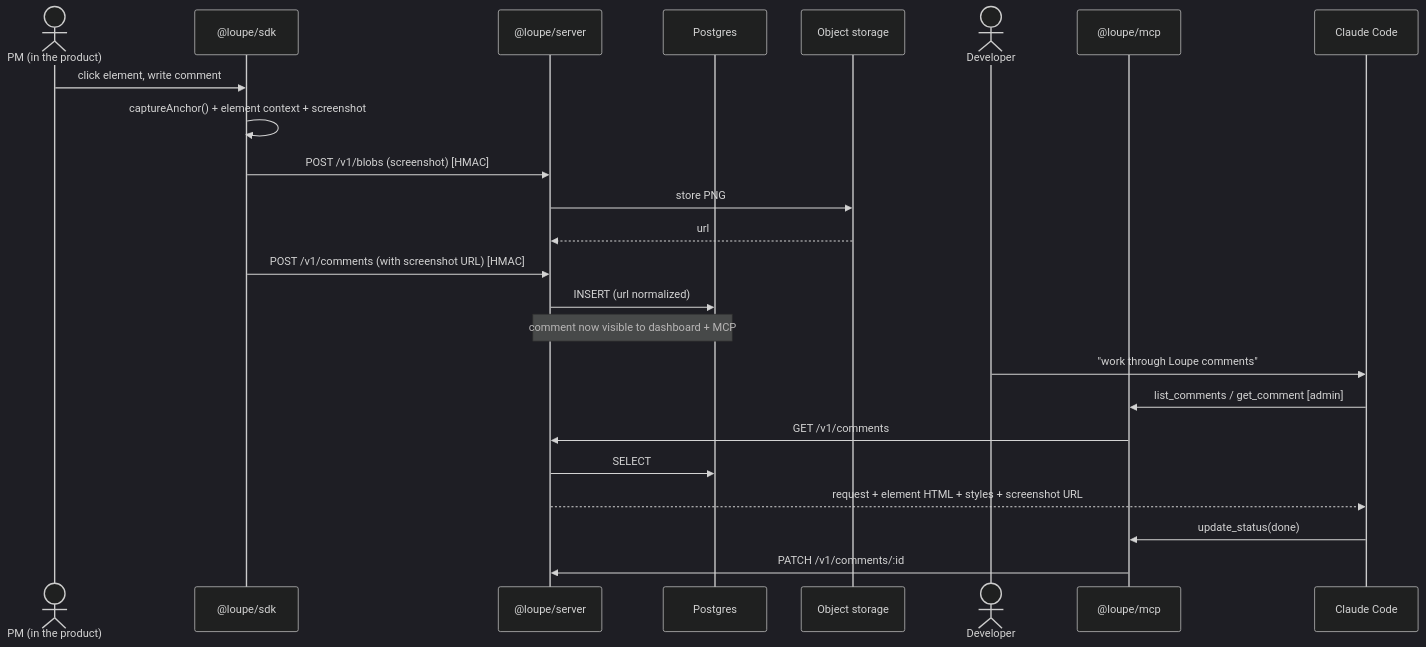
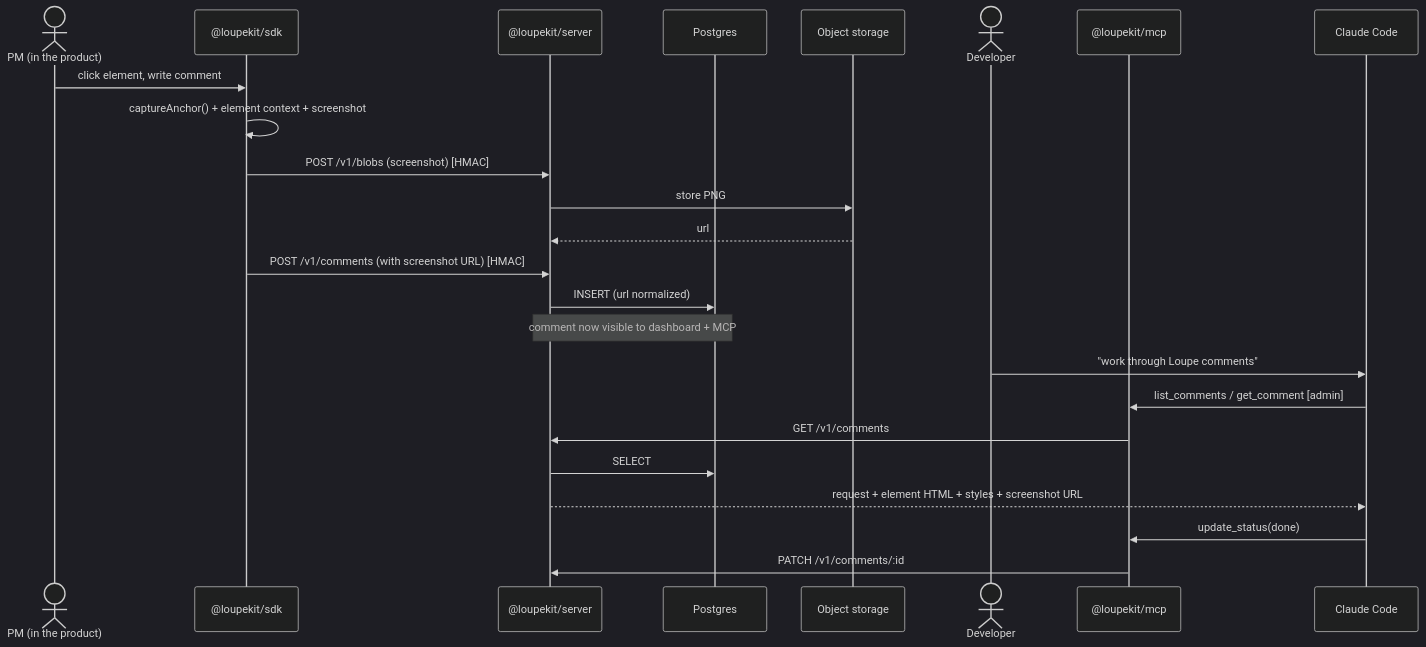
The second of 7 diagrams in docs/ARCHITECTURE.md (mohamed-ashraf-elsaed/loupe), drawn with Mermaid (dark theme) before and after one commit. The commit also changed other lines of this file and 23 other files, not shown here.

````diff
--- a/docs/ARCHITECTURE.md
+++ b/docs/ARCHITECTURE.md
@@ -56,27 +56,27 @@
 ```mermaid
 sequenceDiagram
   actor PM as PM (in the product)
-  participant SDK as @loupe/sdk
-  participant API as @loupe/server
+  participant SDK as @loupekit/sdk
+  participant API as @loupekit/server
   participant PG as Postgres
   participant OBJ as Object storage
   actor Dev as Developer
-  participant MCP as @loupe/mcp
+  participant MCP as @loupekit/mcp
   participant Claude as Claude Code
 
   PM->>SDK: click element, write comment
   SDK->>SDK: captureAnchor() + element context + screenshot
   SDK->>API: POST /v1/blobs (screenshot)  [HMAC]
   API->>OBJ: store PNG
   OBJ-->>API: url
   SDK->>API: POST /v1/comments (with screenshot URL)  [HMAC]
   API->>PG: INSERT (url normalized)
   Note over API,PG: comment now visible to dashboard + MCP
   Dev->>Claude: "work through Loupe comments"
   Claude->>MCP: list_comments / get_comment  [admin]
   MCP->>API: GET /v1/comments
   API->>PG: SELECT
   API-->>Claude: request + element HTML + styles + screenshot URL
   Claude->>MCP: update_status(done)
   MCP->>API: PATCH /v1/comments/:id
 ```
````
